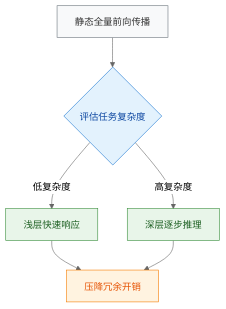
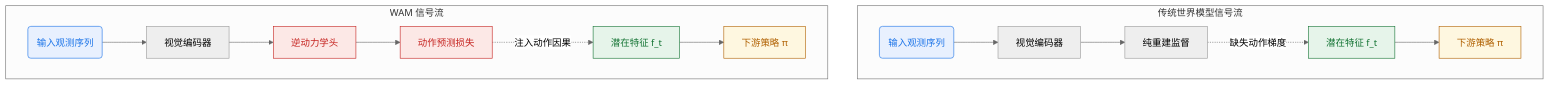
Before and after one commit to ShinewineW/paper-rolling: the tenth of 10 diagrams in person_vault/2026-06-08_EnhancingPolicyLearningWithWorldActionModel_2603.28955/report.md, drawn with Mermaid (neutral theme). The commit also changed other lines of this file and 51 other files, not shown here.

````diff
--- a/person_vault/2026-06-08_EnhancingPolicyLearningWithWorldActionModel_2603.28955/report.md
+++ b/person_vault/2026-06-08_EnhancingPolicyLearningWithWorldActionModel_2603.28955/report.md
@@ -464,13 +652,27 @@
 ```mermaid
 flowchart TB
-  classDef legacy fill:#f8f9fa,stroke:#6c757d,color:#333;
-  classDef gate fill:#e3f2fd,stroke:#1976d2,color:#0d47a1;
-  classDef path fill:#e8f5e9,stroke:#388e3c,color:#1b5e20;
-  classDef outcome fill:#fff3e0,stroke:#f57c00,color:#e65100;
+    classDef obs fill:#e8f0fe,color:#1a73e8,stroke:#1a73e8;
+    classDef act fill:#fce8e6,color:#c5221f,stroke:#c5221f;
+    classDef latent fill:#e6f4ea,color:#137333,stroke:#137333;
+    classDef policy fill:#fef7e0,color:#b06000,stroke:#b06000;
 
-  legacy_static_scaling["静态全量前向传播"]:::legacy --> complexity_gate{评估任务复杂度}:::gate
-  complexity_gate -->|低复杂度| shallow_path["浅层快速响应"]:::path
-  complexity_gate -->|高复杂度| deep_path["深层逐步推理"]:::path
-  shallow_path --> efficiency_gain["压降冗余开销"]:::outcome
-  deep_path --> efficiency_gain
+    subgraph 传统世界模型信号流
+        A1(输入观测序列) --> B1["视觉编码器"]
+        B1 --> C1["纯重建监督"]
+        C1 -. 缺失动作梯度 .-> D1["潜在特征 f_t"]
+        D1 --> E1["下游策略 π"]
+    end
+
+    subgraph WAM 信号流
+        A2(输入观测序列) --> B2["视觉编码器"]
+        B2 --> C2["逆动力学头"]
+        C2 --> D2["动作预测损失"]
+        D2 -. 注入动作因果 .-> E2["潜在特征 f_t"]
+        E2 --> F2["下游策略 π"]
+    end
+
+    class A1,A2 obs;
+    class C2,D2 act;
+    class D1,E2 latent;
+    class E1,F2 policy;
 ```
````
